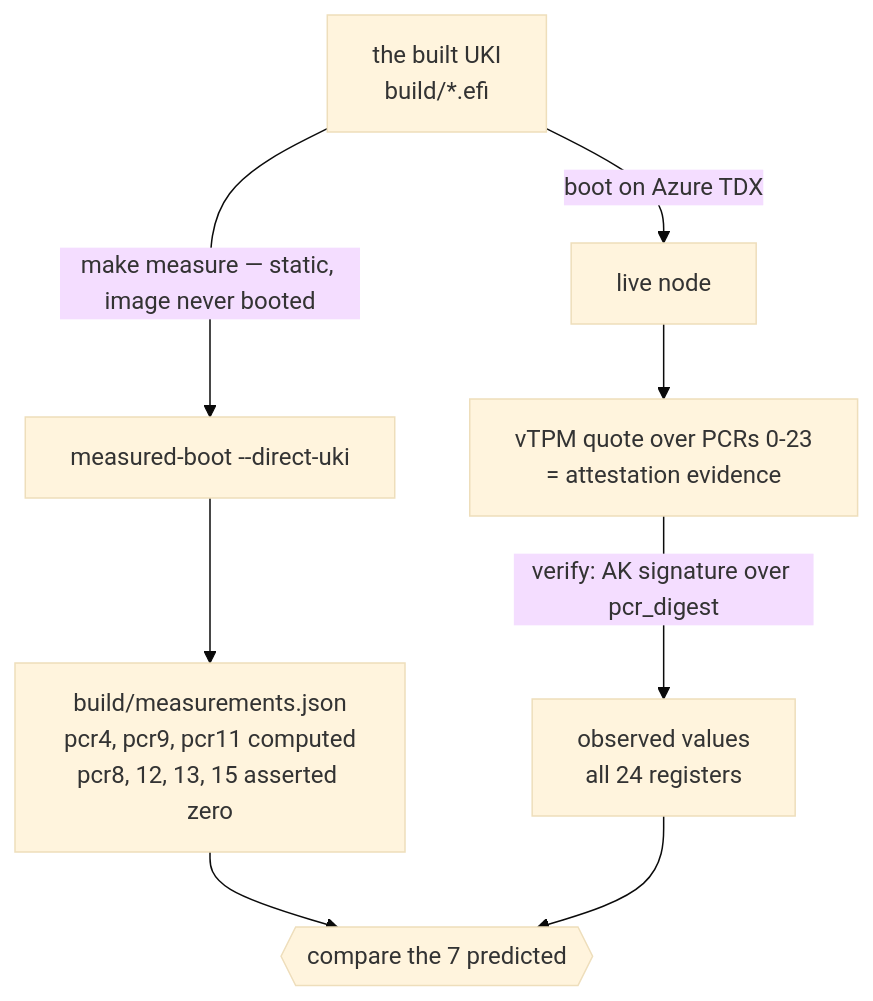
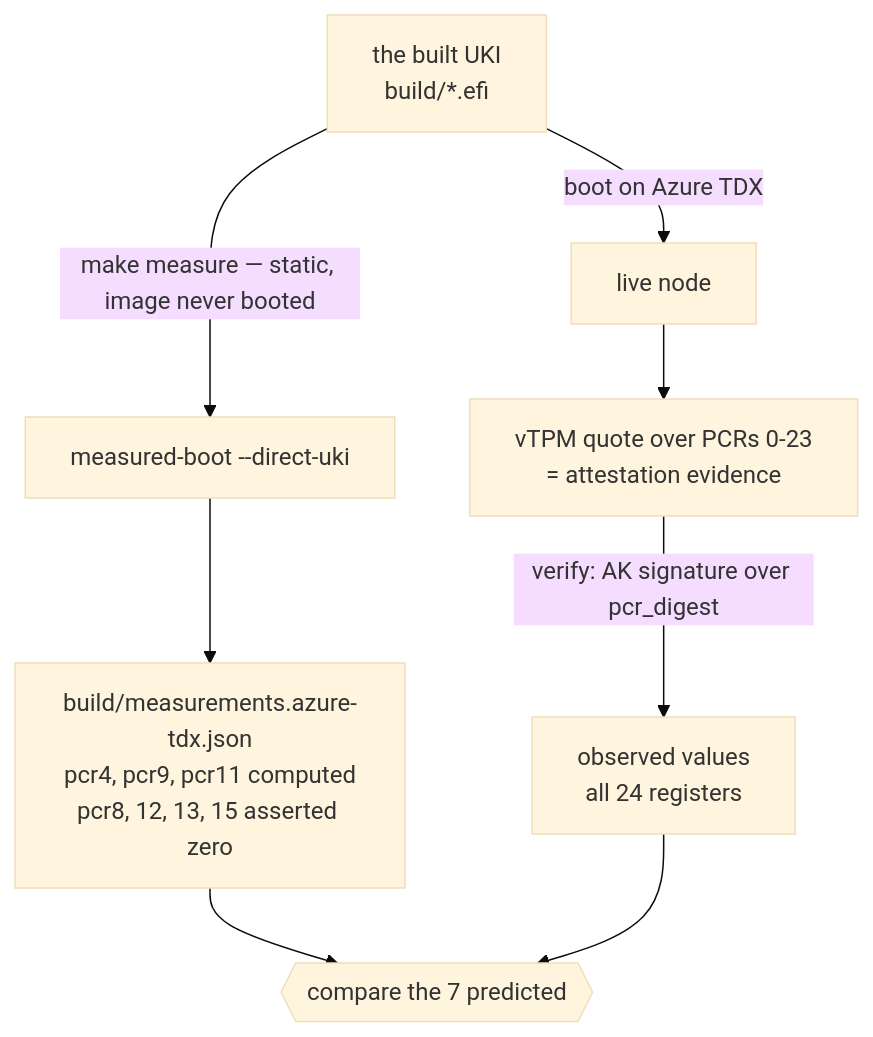
Before and after one commit to SeismicSystems/seismic-images: the diagram in docs/azure-measurements.md, drawn with Mermaid (base theme). The commit also changed other lines of this file and 3 other files, not shown here.

````diff
--- a/docs/azure-measurements.md
+++ b/docs/azure-measurements.md
@@ -53,14 +53,14 @@
 ```mermaid
 flowchart TD
     UKI["the built UKI<br/>build/*.efi"]
 
     UKI -->|"make measure — static, image never booted"| MB["measured-boot --direct-uki"]
-    MB --> PRED["build/measurements.json<br/>pcr4, pcr9, pcr11 computed<br/>pcr8, 12, 13, 15 asserted zero"]
+    MB --> PRED["build/measurements.azure-tdx.json<br/>pcr4, pcr9, pcr11 computed<br/>pcr8, 12, 13, 15 asserted zero"]
 
     UKI -->|"boot on Azure TDX"| NODE["live node"]
     NODE --> EV["vTPM quote over PCRs 0-23<br/>= attestation evidence"]
     EV -->|"verify: AK signature over pcr_digest"| OBS["observed values<br/>all 24 registers"]
 
     PRED --> CMP{{"compare the 7 predicted"}}
     OBS --> CMP
 ```
````
